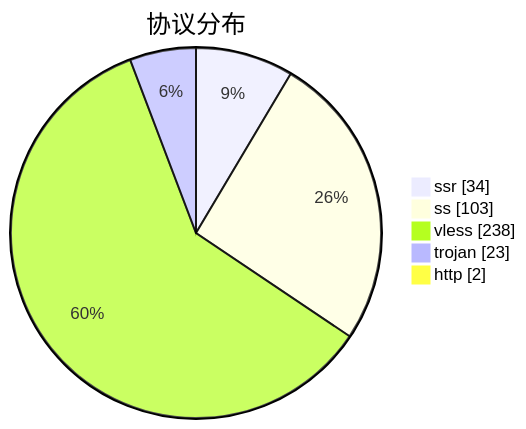
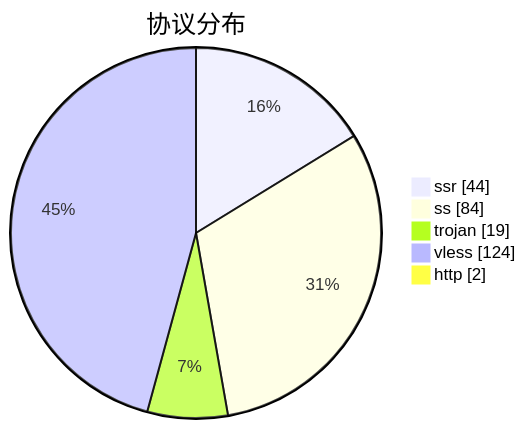
Before and after one commit to qjlxg/airport: the third of 3 diagrams in subs/statistics/tested_within.md, drawn with Mermaid. The commit also changed other lines of this file and 2 other files, not shown here.

````diff
--- a/subs/statistics/tested_within.md
+++ b/subs/statistics/tested_within.md
@@ -19,9 +17,9 @@
 ```mermaid
 pie showData
 title 协议分布
-"ssr" : 34
-"ss" : 103
-"vless" : 238
-"trojan" : 23
+"ssr" : 44
+"ss" : 84
+"trojan" : 19
+"vless" : 124
 "http" : 2
 ```
````
